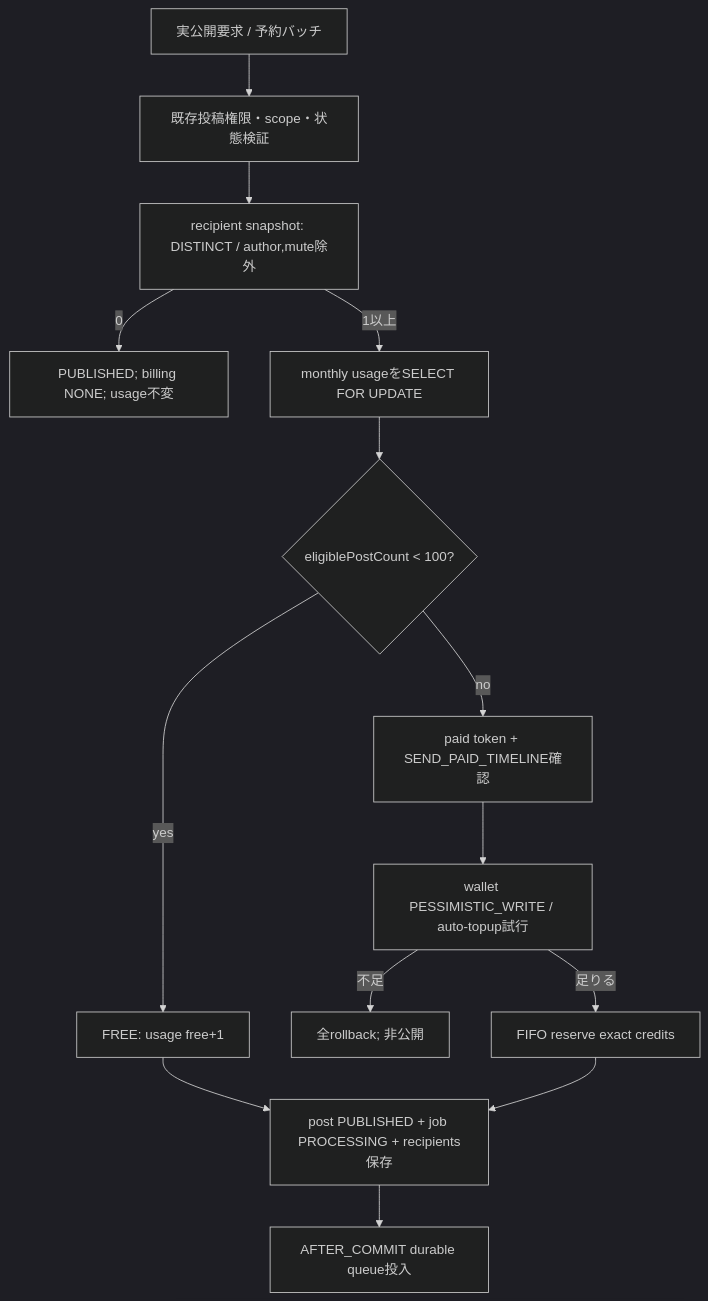
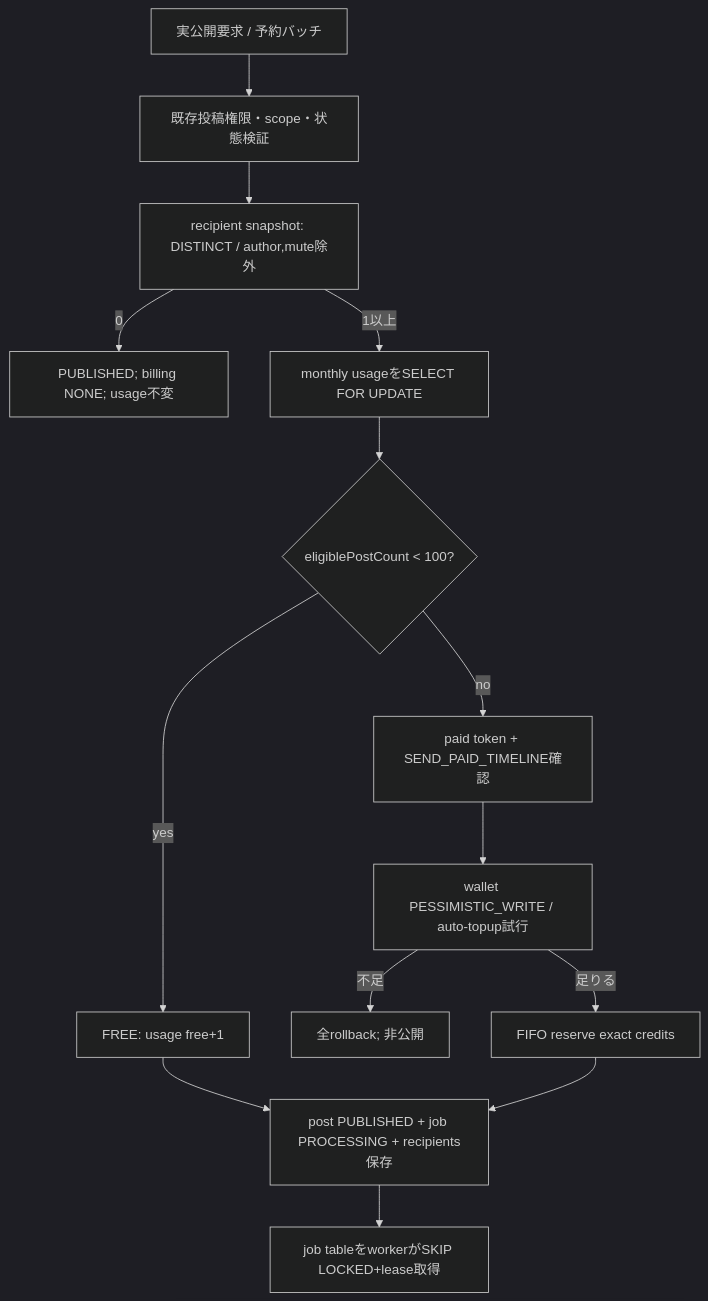
Before and after one commit to kenta-0420/mannschaft: the first of 2 diagrams in docs/features/F09.14_timeline_delivery_prepaid_credits/03_business_logic.md, drawn with Mermaid (dark theme). The commit also changed other lines of this file and 5 other files, not shown here.

````diff
--- a/docs/features/F09.14_timeline_delivery_prepaid_credits/03_business_logic.md
+++ b/docs/features/F09.14_timeline_delivery_prepaid_credits/03_business_logic.md
@@ -17,16 +17,16 @@
 ```mermaid
 flowchart TD
   A[実公開要求 / 予約バッチ] --> B[既存投稿権限・scope・状態検証]
   B --> C[recipient snapshot: DISTINCT / author,mute除外]
   C -->|0| Z[PUBLISHED; billing NONE; usage不変]
   C -->|1以上| D[monthly usageをSELECT FOR UPDATE]
   D --> E{eligiblePostCount < 100?}
   E -->|yes| F[FREE: usage free+1]
   E -->|no| G[paid token + SEND_PAID_TIMELINE確認]
   G --> H[wallet PESSIMISTIC_WRITE / auto-topup試行]
   H -->|不足| X[全rollback; 非公開]
   H -->|足りる| I[FIFO reserve exact credits]
   F --> J[post PUBLISHED + job PROCESSING + recipients保存]
   I --> J
-  J --> K[AFTER_COMMIT durable queue投入]
+  J --> K[job tableをworkerがSKIP LOCKED+lease取得]
 ```
````
